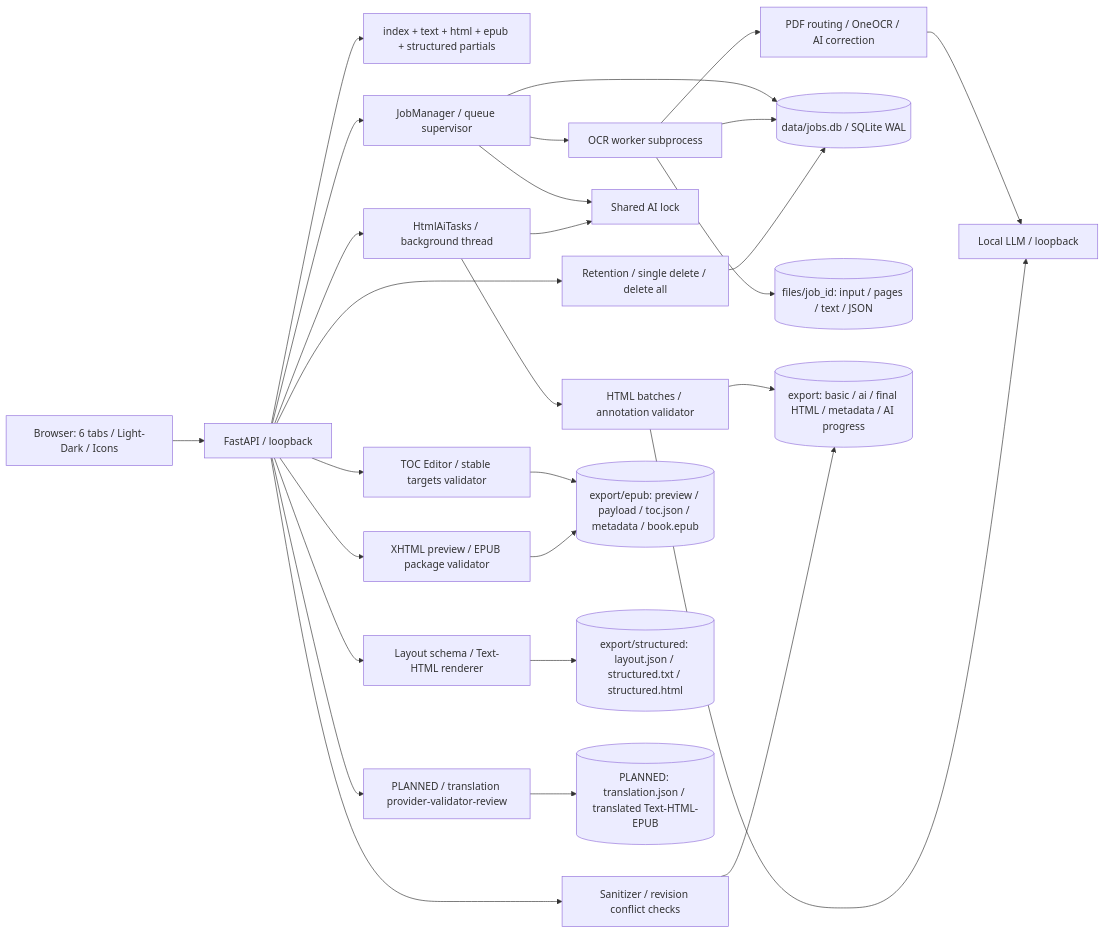
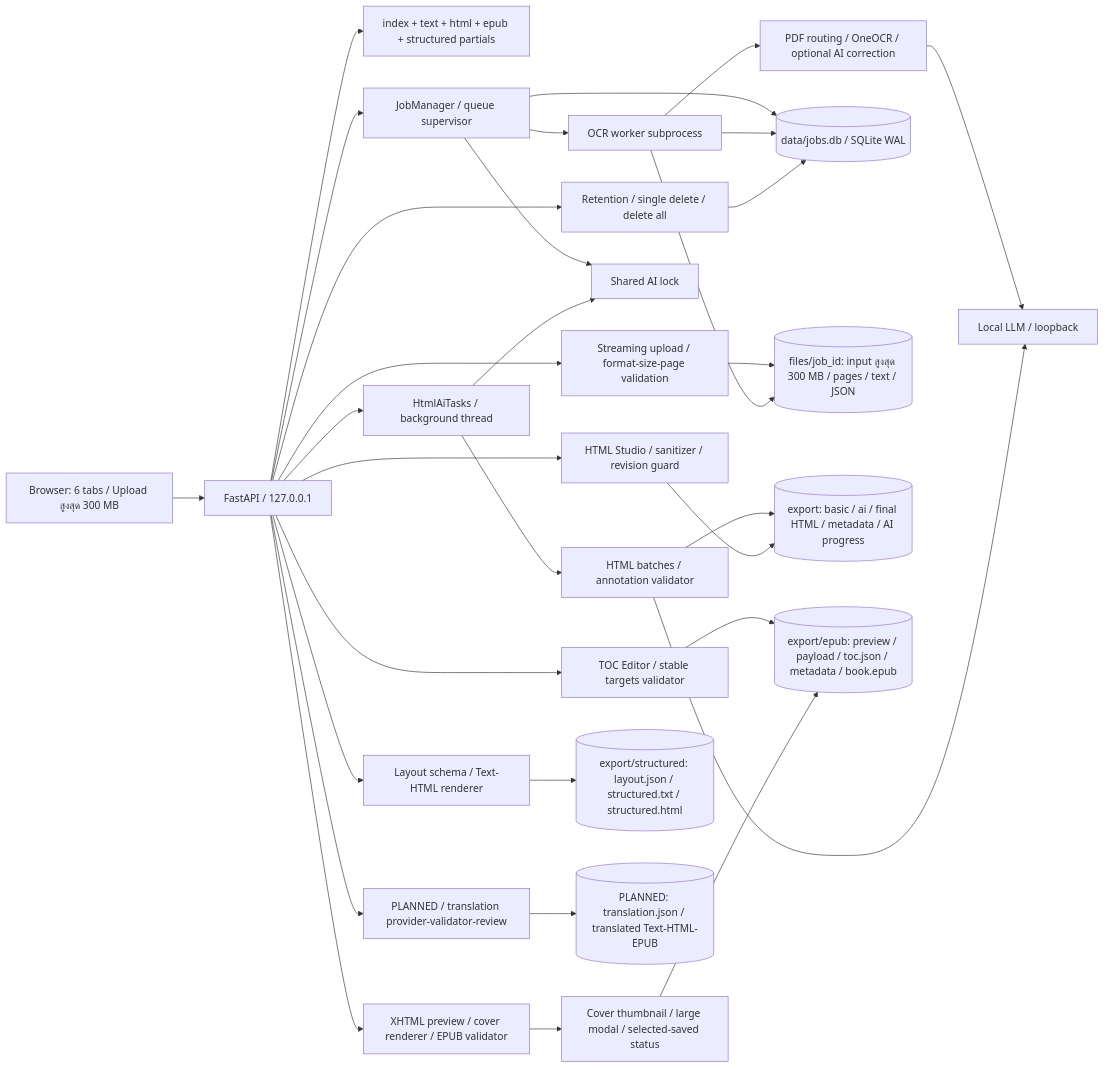
Before and after one commit to anuwatm/pdf-ocr-studio: the first of 10 diagrams in readme.md, drawn with Mermaid. The commit also changed other lines of this file and 18 other files, not shown here.

Commit message:
feat: enhance EPUB cover selection, 300MB uploads, structured OCR, and update docs

````diff
--- a/readme.md
+++ b/readme.md
@@ -132,30 +135,33 @@
 ```mermaid
 flowchart LR
-    UI["Browser: 6 tabs / Light-Dark / Icons"] --> API["FastAPI / loopback"]
+    UI["Browser: 6 tabs / Upload สูงสุด 300 MB"] --> API["FastAPI / 127.0.0.1"]
     API --> Templates["index + text + html + epub + structured partials"]
+    API --> Upload["Streaming upload / format-size-page validation"]
     API --> Manager["JobManager / queue supervisor"]
     Manager --> Worker["OCR worker subprocess"]
-    Worker --> Pipeline["PDF routing / OneOCR / AI correction"]
+    Worker --> Pipeline["PDF routing / OneOCR / optional AI correction"]
     API --> Tasks["HtmlAiTasks / background thread"]
     Tasks --> Exporter["HTML batches / annotation validator"]
     Manager --> Lock["Shared AI lock"]
     Tasks --> Lock
     Pipeline --> LLM["Local LLM / loopback"]
     Exporter --> LLM
-    API --> Editor["Sanitizer / revision conflict checks"]
-    API --> EPUB["XHTML preview / EPUB package validator"]
+    API --> Editor["HTML Studio / sanitizer / revision guard"]
+    API --> EPUB["XHTML preview / cover renderer / EPUB validator"]
+    EPUB --> CoverUX["Cover thumbnail / large modal / selected-saved status"]
     API --> TOC["TOC Editor / stable targets validator"]
     API --> Structured["Layout schema / Text-HTML renderer"]
     API --> Translation["PLANNED / translation provider-validator-review"]
     API --> Cleanup["Retention / single delete / delete all"]
     Manager --> DB[("data/jobs.db / SQLite WAL")]
     Worker --> DB
     Cleanup --> DB
-    Worker --> Files[("files/job_id: input / pages / text / JSON")]
+    Upload --> Files[("files/job_id: input สูงสุด 300 MB / pages / text / JSON")]
+    Worker --> Files
     Exporter --> Exports[("export: basic / ai / final HTML / metadata / AI progress")]
     Editor --> Exports
     TOC --> Books[("export/epub: preview / payload / toc.json / metadata / book.epub")]
-    EPUB --> Books
+    CoverUX --> Books
     Structured --> Layouts[("export/structured: layout.json / structured.txt / structured.html")]
     Translation --> Translated[("PLANNED: translation.json / translated Text-HTML-EPUB")]
 ```
````
